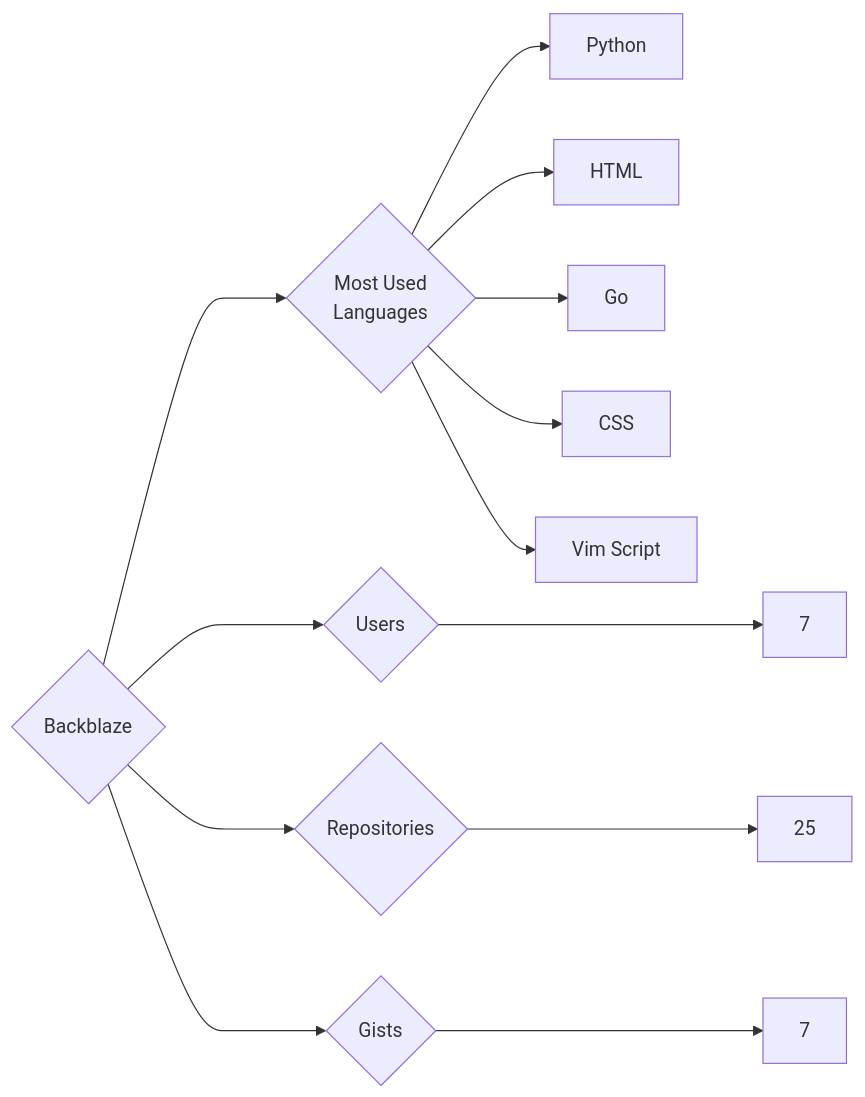
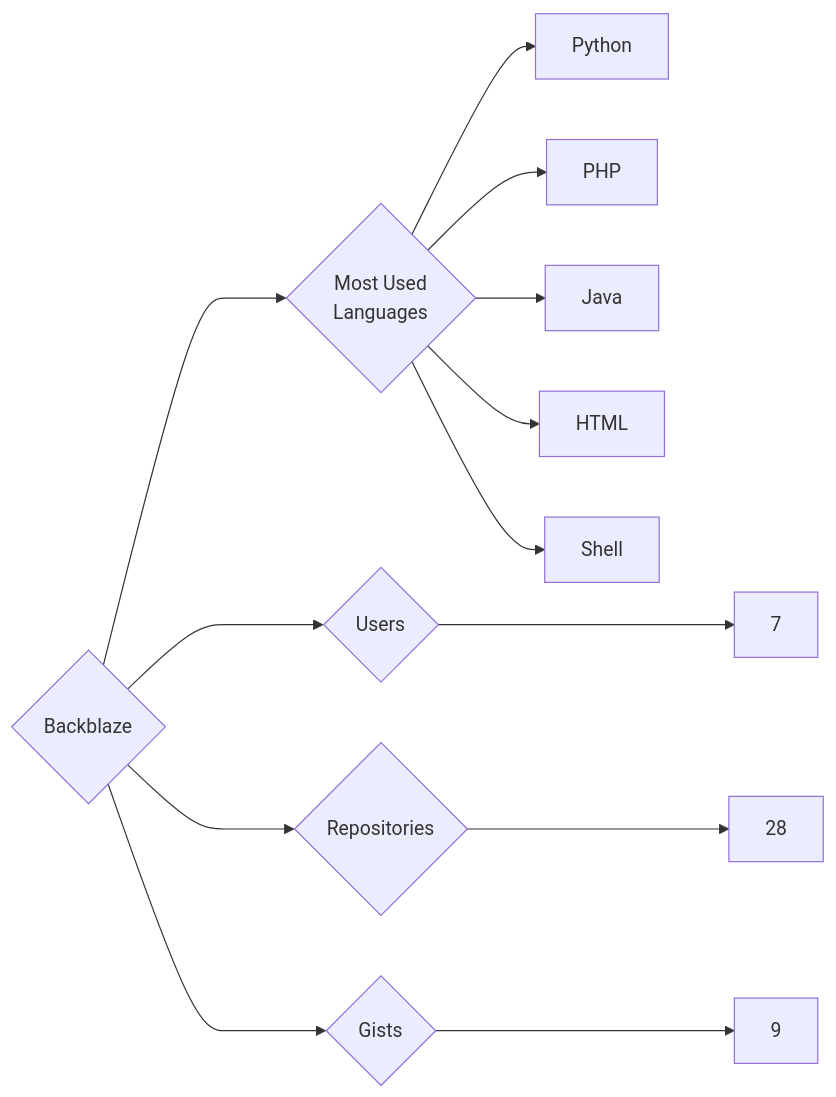
The diagram in targets/Backblaze/README.md (trickest/insiders), drawn with Mermaid before and after one commit. The commit also changed 1055 other files, not shown here.

````diff
--- a/targets/Backblaze/README.md
+++ b/targets/Backblaze/README.md
@@ -3,13 +3,13 @@
 ```mermaid
 graph LR
 COMPANY_NAME{Backblaze}
 COMPANY_NAME ---> U{Users} ---> UN[7]
-COMPANY_NAME ---> R{Repositories} ---> RN[25]
-COMPANY_NAME ---> G{Gists} ---> GN[7]
+COMPANY_NAME ---> R{Repositories} ---> RN[28]
+COMPANY_NAME ---> G{Gists} ---> GN[9]
 COMPANY_NAME ---> ML{Most Used<br>Languages}
 ML --> Python[Python]
+ML --> PHP[PHP]
+ML --> Java[Java]
 ML --> HTML[HTML]
-ML --> Go[Go]
-ML --> CSS[CSS]
-ML --> Vim_Script[Vim Script]
+ML --> Shell[Shell]
 ```
````
